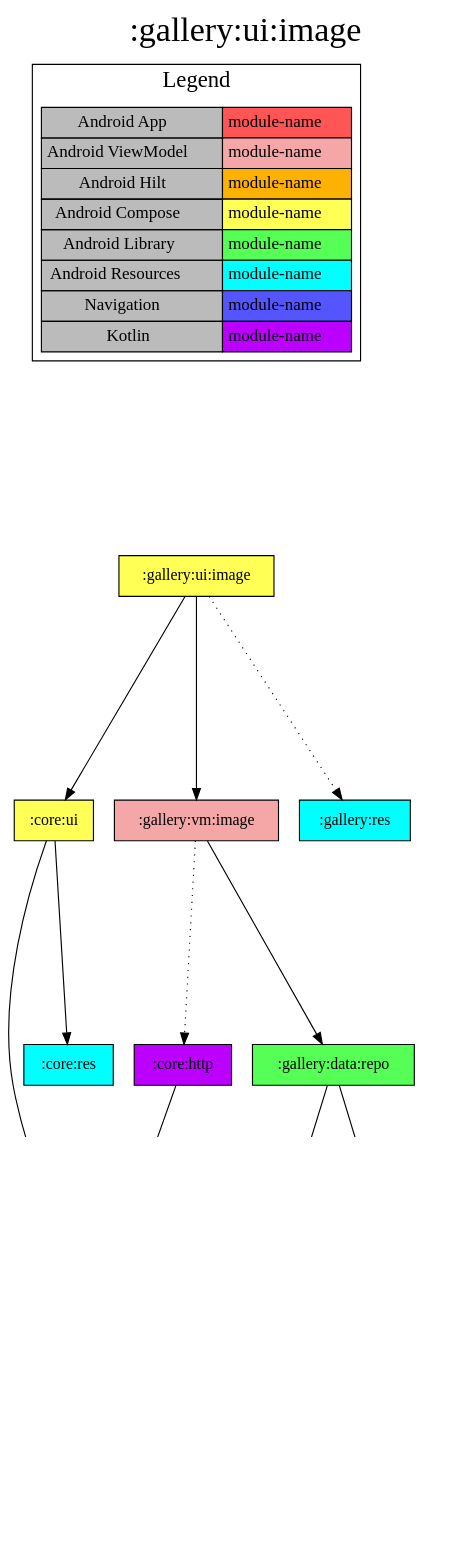
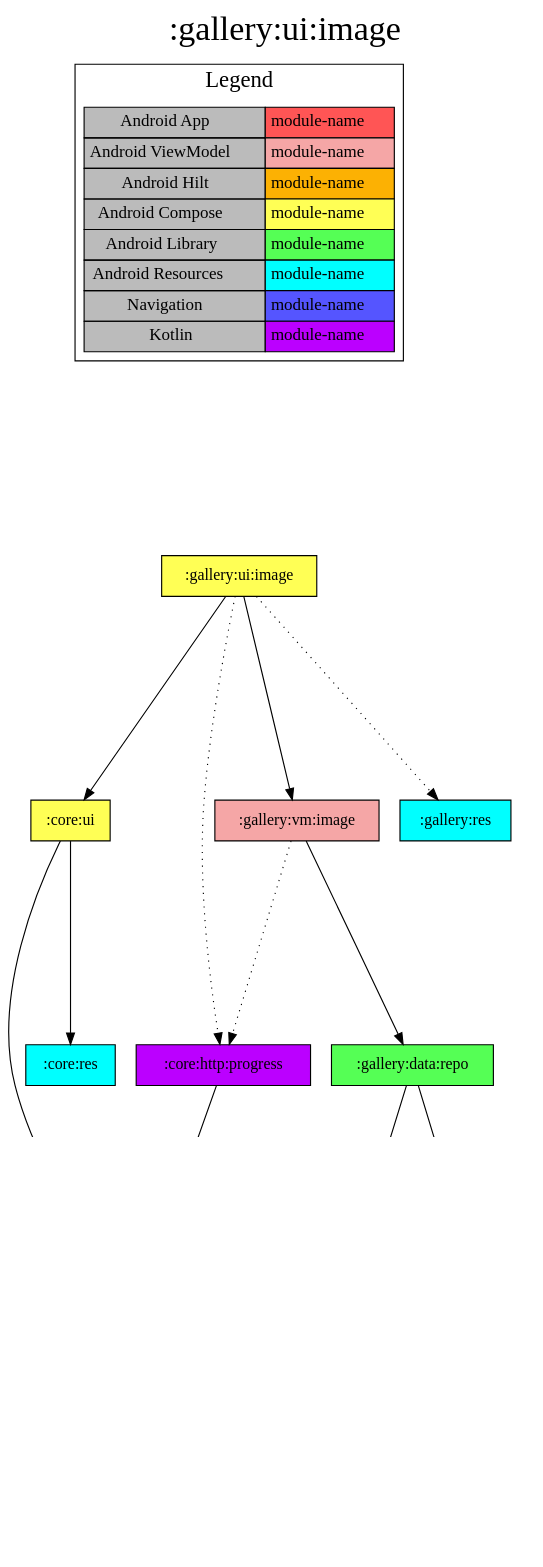
One commit to jonapoul/nasa-android changed the diagram in modules/gallery/ui/image/project-dependency-graph.dot. Above: the diagram before and after it, drawn with Graphviz. The commit also changed 85 other files, not shown here.

```diff
--- a/modules/gallery/ui/image/project-dependency-graph.dot
+++ b/modules/gallery/ui/image/project-dependency-graph.dot
@@ -1,48 +1,49 @@
 digraph {
 edge ["dir"="forward"]
 graph ["dpi"="100","label"=":gallery:ui:image","labelloc"="t","fontsize"="30","ranksep"="2.5","rankdir"="TB"]
 node ["style"="filled"]
 ":gallery:ui:image" ["fillcolor"="#FFFF55","shape"="box"]
 ":core:ui" ["fillcolor"="#FFFF55","shape"="box"]
 ":core:model" ["fillcolor"="#BB00FF","shape"="box"]
 ":core:res" ["fillcolor"="#00FFFF","shape"="box"]
 ":gallery:vm:image" ["fillcolor"="#F5A6A6","shape"="box"]
 ":gallery:data:repo" ["fillcolor"="#55FF55","shape"="box"]
 ":db:gallery" ["fillcolor"="#BB00FF","shape"="box"]
 ":gallery:model" ["fillcolor"="#BB00FF","shape"="box"]
 ":gallery:data:api" ["fillcolor"="#BB00FF","shape"="box"]
-":core:http" ["fillcolor"="#BB00FF","shape"="box"]
+":core:http:progress" ["fillcolor"="#BB00FF","shape"="box"]
 ":gallery:res" ["fillcolor"="#00FFFF","shape"="box"]
 {
 edge ["dir"="none"]
 graph ["rank"="same"]
 }
 ":gallery:ui:image" -> ":core:ui"
 ":gallery:ui:image" -> ":gallery:vm:image"
+":gallery:ui:image" -> ":core:http:progress" ["style"="dotted"]
 ":gallery:ui:image" -> ":gallery:res" ["style"="dotted"]
 ":core:ui" -> ":core:model"
 ":core:ui" -> ":core:res"
 ":gallery:vm:image" -> ":gallery:data:repo"
-":gallery:vm:image" -> ":core:http" ["style"="dotted"]
+":gallery:vm:image" -> ":core:http:progress" ["style"="dotted"]
 ":gallery:data:repo" -> ":db:gallery"
 ":gallery:data:repo" -> ":gallery:data:api"
 ":db:gallery" -> ":gallery:model"
 ":gallery:data:api" -> ":gallery:model"
-":core:http" -> ":core:model"
+":core:http:progress" -> ":core:model"
 subgraph "cluster_legend" {
 edge ["dir"="none"]
 graph ["label"="Legend","fontsize"="20"]
 "Legend" ["style"="filled","fillcolor"="#bbbbbb","shape"="none","margin"="0","fontsize"="15","label"=<
 <TABLE BORDER="0" CELLBORDER="1" CELLSPACING="0" CELLPADDING="4">
 <TR><TD>Android App</TD><TD BGCOLOR="#FF5555">module-name</TD></TR>
 <TR><TD>Android ViewModel</TD><TD BGCOLOR="#F5A6A6">module-name</TD></TR>
 <TR><TD>Android Hilt</TD><TD BGCOLOR="#FCB103">module-name</TD></TR>
 <TR><TD>Android Compose</TD><TD BGCOLOR="#FFFF55">module-name</TD></TR>
 <TR><TD>Android Library</TD><TD BGCOLOR="#55FF55">module-name</TD></TR>
 <TR><TD>Android Resources</TD><TD BGCOLOR="#00FFFF">module-name</TD></TR>
 <TR><TD>Navigation</TD><TD BGCOLOR="#5555FF">module-name</TD></TR>
 <TR><TD>Kotlin</TD><TD BGCOLOR="#BB00FF">module-name</TD></TR>
 </TABLE>
 >]
 } -> ":gallery:ui:image" ["style"="invis"]
 }
```
